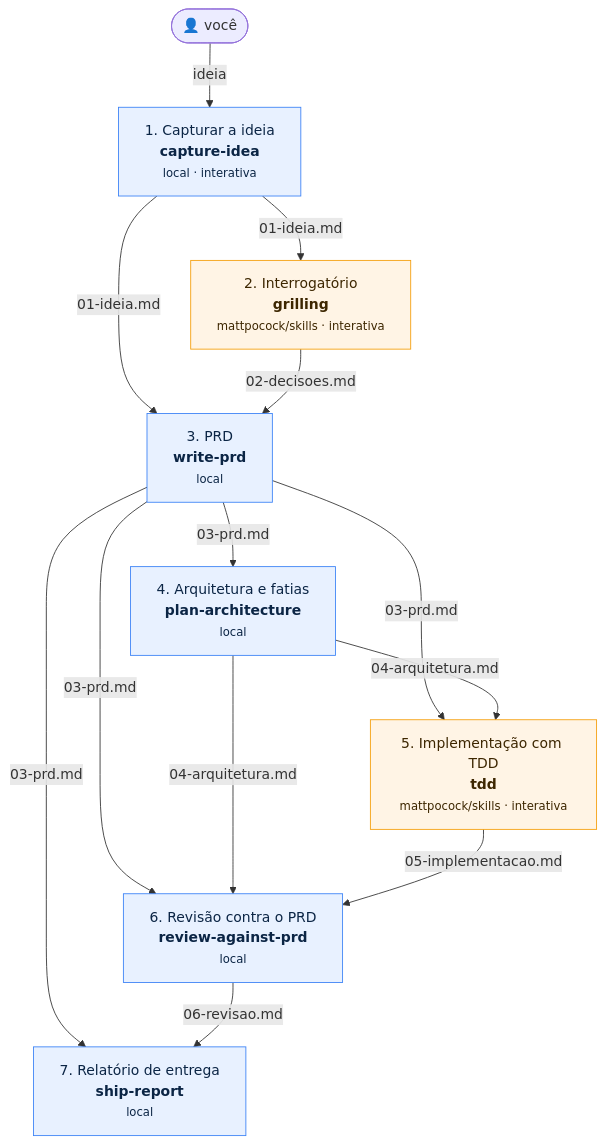
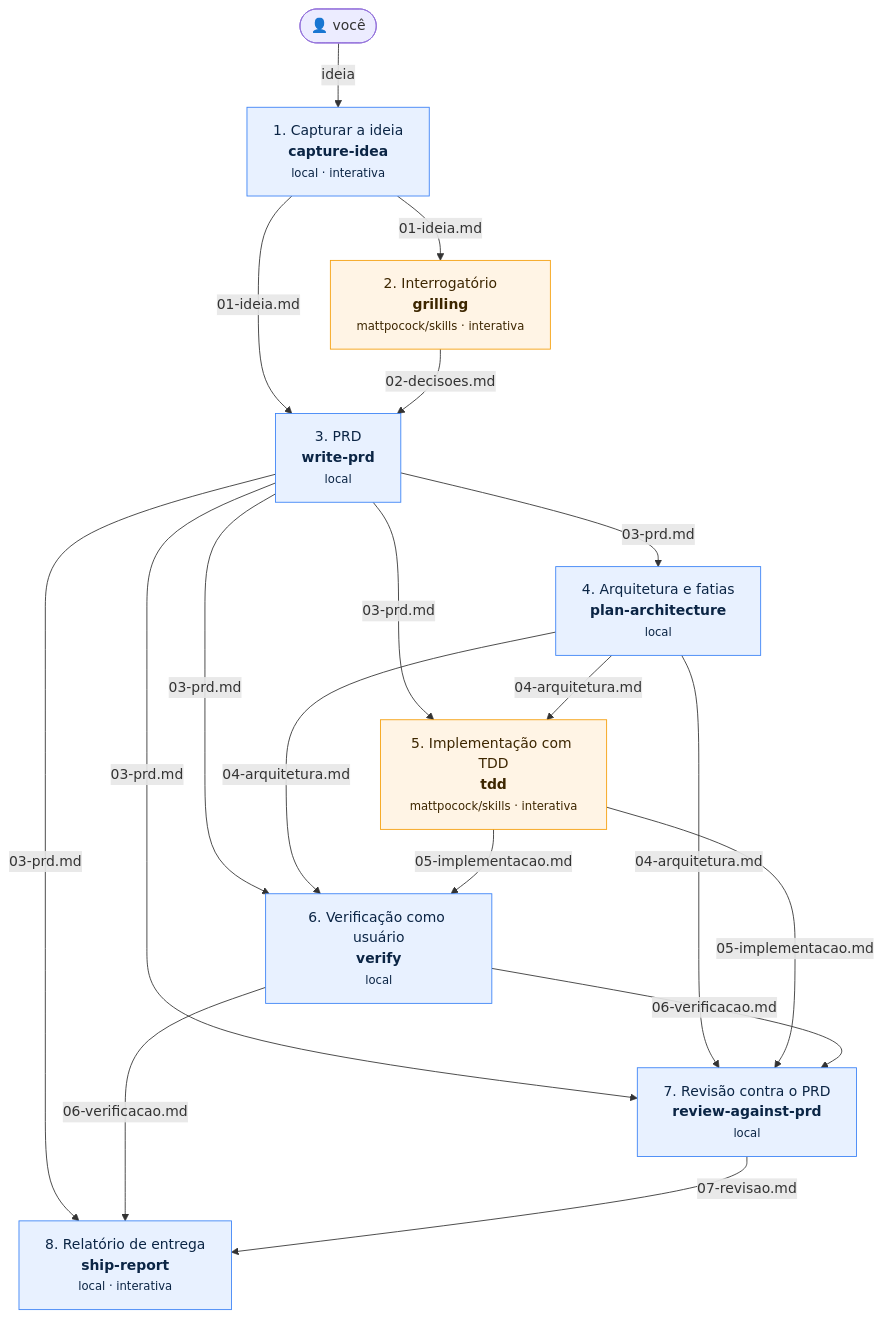
Before and after one commit to davipferr/agent-skills-pipeline: the diagram in README.md, drawn with Mermaid. The commit also changed other lines of this file and 45 other files, not shown here.

````diff
--- a/README.md
+++ b/README.md
@@ -17,27 +20,33 @@
 ```mermaid
 flowchart TD
   user(["👤 você"])
   s_idea["1. Capturar a ideia<br/><b>capture-idea</b><br/><small>local · interativa</small>"]
   s_grill["2. Interrogatório<br/><b>grilling</b><br/><small>mattpocock/skills · interativa</small>"]
   s_prd["3. PRD<br/><b>write-prd</b><br/><small>local</small>"]
   s_architecture["4. Arquitetura e fatias<br/><b>plan-architecture</b><br/><small>local</small>"]
   s_implement["5. Implementação com TDD<br/><b>tdd</b><br/><small>mattpocock/skills · interativa</small>"]
-  s_review["6. Revisão contra o PRD<br/><b>review-against-prd</b><br/><small>local</small>"]
-  s_ship["7. Relatório de entrega<br/><b>ship-report</b><br/><small>local</small>"]
+  s_verify["6. Verificação como usuário<br/><b>verify</b><br/><small>local</small>"]
+  s_review["7. Revisão contra o PRD<br/><b>review-against-prd</b><br/><small>local</small>"]
+  s_ship["8. Relatório de entrega<br/><b>ship-report</b><br/><small>local · interativa</small>"]
   user -->|ideia| s_idea
   s_idea -->|01-ideia.md| s_grill
   s_idea -->|01-ideia.md| s_prd
   s_grill -->|02-decisoes.md| s_prd
   s_prd -->|03-prd.md| s_architecture
   s_prd -->|03-prd.md| s_implement
   s_architecture -->|04-arquitetura.md| s_implement
+  s_prd -->|03-prd.md| s_verify
+  s_architecture -->|04-arquitetura.md| s_verify
+  s_implement -->|05-implementacao.md| s_verify
   s_prd -->|03-prd.md| s_review
   s_architecture -->|04-arquitetura.md| s_review
   s_implement -->|05-implementacao.md| s_review
+  s_verify -->|06-verificacao.md| s_review
   s_prd -->|03-prd.md| s_ship
-  s_review -->|06-revisao.md| s_ship
+  s_verify -->|06-verificacao.md| s_ship
+  s_review -->|07-revisao.md| s_ship
   classDef local fill:#e8f1ff,stroke:#3b82f6,color:#0b2545
   classDef external fill:#fff4e5,stroke:#f59e0b,color:#3d2600
-  class s_idea,s_prd,s_architecture,s_review,s_ship local
+  class s_idea,s_prd,s_architecture,s_verify,s_review,s_ship local
   class s_grill,s_implement external
 ```
````
